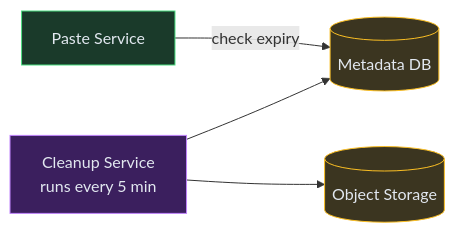
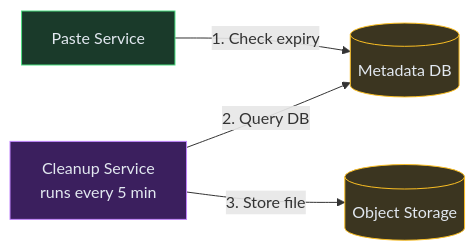
One commit to iluzn/HLD-Designs changed the fourth of 7 diagrams in content/hld/Pastebin.md. Above: the diagram before and after it, drawn with Mermaid. The commit also changed other lines of this file and 27 other files, not shown here.

````diff
--- a/content/hld/Pastebin.md
+++ b/content/hld/Pastebin.md
@@ -241,15 +241,15 @@
 ```mermaid
 flowchart LR
     API["Paste Service"]:::service
     META[("Metadata DB")]:::data
     S3[("Object Storage")]:::data
     CRON["Cleanup Service<br/>runs every 5 min"]:::async
 
-    API -->|"check expiry"| META
-    CRON --> META
-    CRON --> S3
+    API -->|"1. Check expiry"| META
+    CRON -->|"2. Query DB"| META
+    CRON -->|"3. Store file"| S3
 
     classDef service fill:#1a3a2a,stroke:#4ade80,color:#e2e8f0
     classDef data fill:#3b3520,stroke:#fbbf24,color:#e2e8f0
     classDef async fill:#3b1f5e,stroke:#c084fc,color:#e2e8f0
 ```
````
